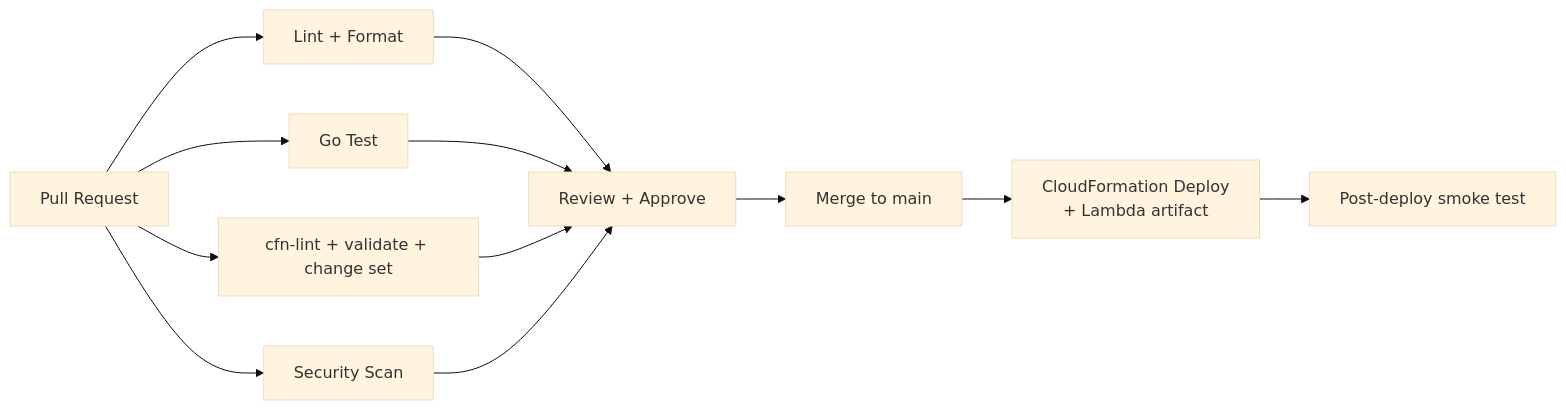
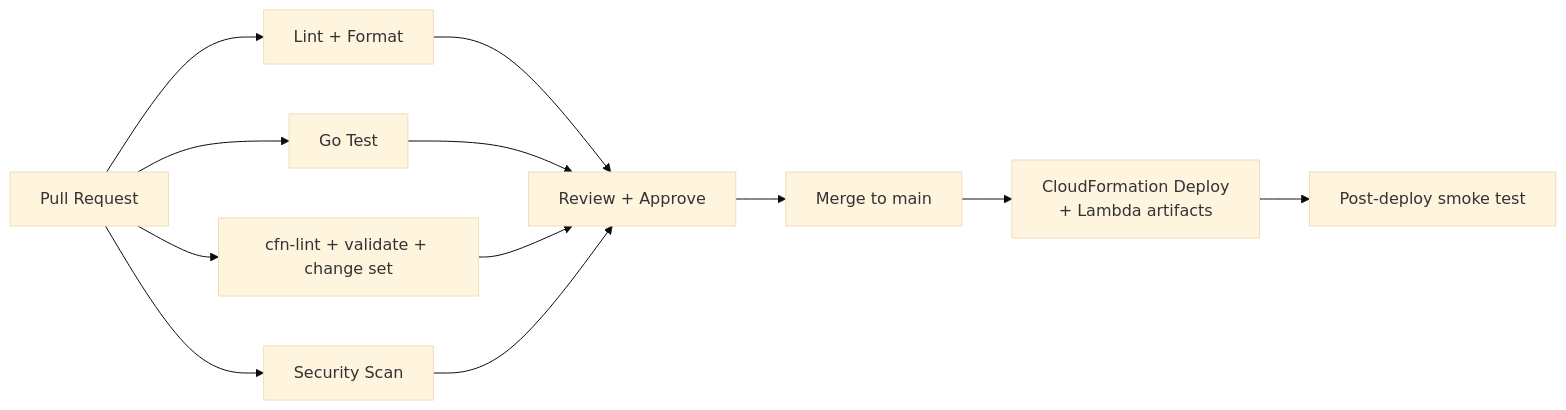
One commit to teddynted/ai-github-repository-blog-generator changed the first of 2 diagrams in docs/ci-cd.md. Above: the diagram before and after it, drawn with Mermaid (base theme). The commit also changed other lines of this file and 12 other files, not shown here.

First line of the commit message:
docs: pivot to self-hosted OpenClaw + Ollama + EC2 Spot architecture

````diff
--- a/docs/ci-cd.md
+++ b/docs/ci-cd.md
@@ -11,11 +11,11 @@
 ```mermaid
 flowchart LR
     PR[Pull Request] --> L[Lint + Format]
     PR --> T[Go Test]
-    PR --> TF[cfn-lint + validate + change set]
+    PR --> CF[cfn-lint + validate + change set]
     PR --> SEC[Security Scan]
-    L & T & TF & SEC --> REV[Review + Approve]
+    L & T & CF & SEC --> REV[Review + Approve]
     REV --> MERGE[Merge to main]
-    MERGE --> APPLY[CloudFormation Deploy<br/>+ Lambda artifact]
+    MERGE --> APPLY[CloudFormation Deploy<br/>+ Lambda artifacts]
     APPLY --> VERIFY[Post-deploy smoke test]
 ```
````
